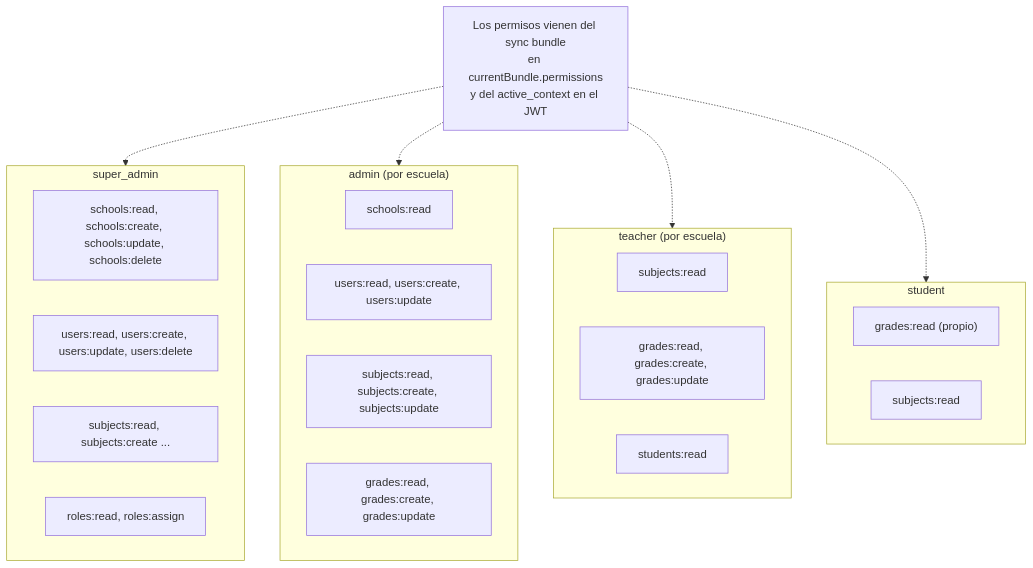
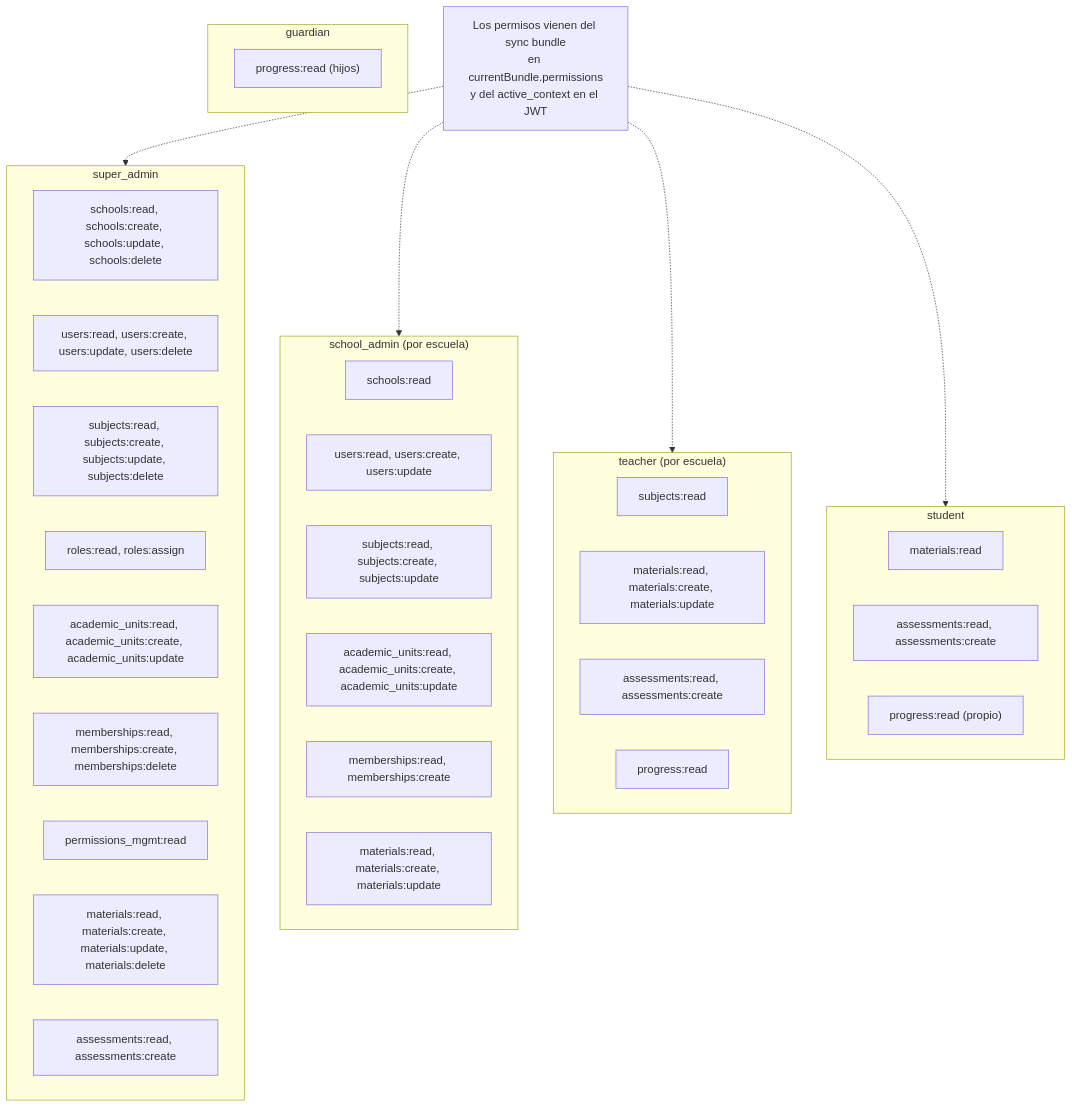
The tenth of 12 diagrams in docs/flujos-arquitectura/02-permisos-rbac.md (EduGoGroup/EduUi-KMP), drawn with Mermaid before and after one commit. The commit also changed 9 other files, not shown here.

First line of the commit message:
docs: update architecture docs with ZoneErrorBoundary (A6 completed)

````diff
--- a/docs/flujos-arquitectura/02-permisos-rbac.md
+++ b/docs/flujos-arquitectura/02-permisos-rbac.md
@@ -446,33 +446,46 @@
 ```mermaid
 graph TD
     subgraph super_admin
         SA1["schools:read, schools:create, schools:update, schools:delete"]
         SA2["users:read, users:create, users:update, users:delete"]
-        SA3["subjects:read, subjects:create ..."]
+        SA3["subjects:read, subjects:create, subjects:update, subjects:delete"]
         SA4["roles:read, roles:assign"]
+        SA5["academic_units:read, academic_units:create, academic_units:update"]
+        SA6["memberships:read, memberships:create, memberships:delete"]
+        SA7["permissions_mgmt:read"]
+        SA8["materials:read, materials:create, materials:update, materials:delete"]
+        SA9["assessments:read, assessments:create"]
     end
 
-    subgraph admin_escuela["admin (por escuela)"]
+    subgraph admin_escuela["school_admin (por escuela)"]
         AD1["schools:read"]
         AD2["users:read, users:create, users:update"]
         AD3["subjects:read, subjects:create, subjects:update"]
-        AD4["grades:read, grades:create, grades:update"]
+        AD4["academic_units:read, academic_units:create, academic_units:update"]
+        AD5["memberships:read, memberships:create"]
+        AD6["materials:read, materials:create, materials:update"]
     end
 
     subgraph teacher ["teacher (por escuela)"]
         TE1["subjects:read"]
-        TE2["grades:read, grades:create, grades:update"]
-        TE3["students:read"]
+        TE2["materials:read, materials:create, materials:update"]
+        TE3["assessments:read, assessments:create"]
+        TE4["progress:read"]
     end
 
     subgraph student ["student"]
-        ST1["grades:read (propio)"]
-        ST2["subjects:read"]
+        ST1["materials:read"]
+        ST2["assessments:read, assessments:create"]
+        ST3["progress:read (propio)"]
+    end
+
+    subgraph guardian ["guardian"]
+        GU1["progress:read (hijos)"]
     end
 
     Note1["Los permisos vienen del sync bundle\nen currentBundle.permissions\ny del active_context en el JWT"]
     Note1 -.-> super_admin
     Note1 -.-> admin_escuela
     Note1 -.-> teacher
     Note1 -.-> student
 ```
````
